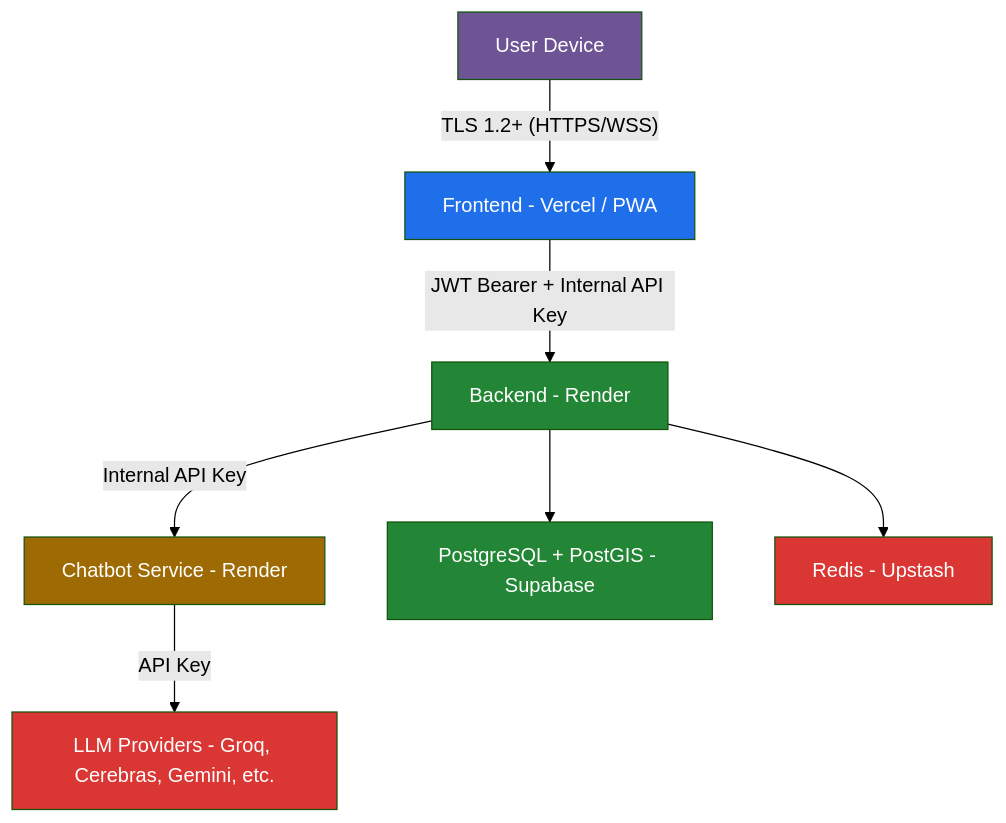
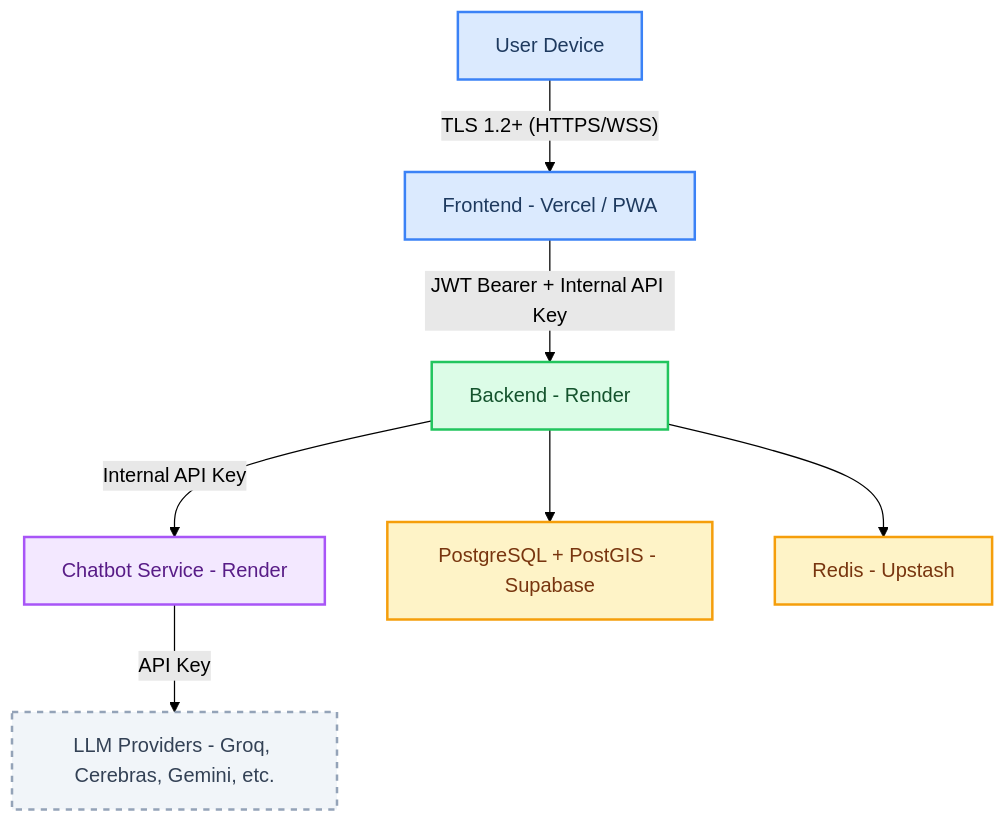
One commit to SafeVixAI/SafeVixAI changed the diagram in docs/architecture/THREAT_MODEL.md. Above: the diagram before and after it, drawn with Mermaid (forest theme). The commit also changed 85 other files, not shown here.

Commit message:
docs: Fix Mermaid diagrams, resolve relative link warnings, and ensure clean mkdocs build

````diff
--- a/docs/architecture/THREAT_MODEL.md
+++ b/docs/architecture/THREAT_MODEL.md
@@ -11,18 +11,19 @@
 ```mermaid
 flowchart TB
-    U[User Device]
-    U -->|"TLS 1.2+ (HTTPS/WSS)"| F[Frontend - Vercel / PWA]
-    F -->|"JWT Bearer + Internal API Key"| B[Backend - Render]
-    B -->|"Internal API Key"| C[Chatbot Service - Render]
-    C -->|"API Key"| LLM[LLM Providers - Groq, Cerebras, Gemini, etc.]
-    B --> PG[PostgreSQL + PostGIS - Supabase]
-    B --> RS[Redis - Upstash]
+    classDef edge fill:#dbeafe,stroke:#3b82f6,stroke-width:2px,color:#1e3a5f
+    classDef control fill:#dcfce7,stroke:#22c55e,stroke-width:2px,color:#14532d
+    classDef ai fill:#f3e8ff,stroke:#a855f7,stroke-width:2px,color:#581c87
+    classDef data fill:#fef3c7,stroke:#f59e0b,stroke-width:2px,color:#78350f
+    classDef security fill:#fee2e2,stroke:#ef4444,stroke-width:2px,color:#7f1d1d
+    classDef external fill:#f1f5f9,stroke:#94a3b8,stroke-width:2px,stroke-dasharray:5 5,color:#334155
+    classDef decision fill:#e0e7ff,stroke:#6366f1,stroke-width:2px,color:#312e81
+    classDef success fill:#d1fae5,stroke:#10b981,stroke-width:2px,color:#064e3b
 
-    style U fill:#6e5494,color:#fff
-    style F fill:#1f6feb,color:#fff
-    style B fill:#238636,color:#fff
-    style C fill:#9e6a03,color:#fff
-    style LLM fill:#da3633,color:#fff
-    style PG fill:#238636,color:#fff
-    style RS fill:#da3633,color:#fff
+    U["User Device"]:::edge
+    U -->|"TLS 1.2+ (HTTPS/WSS)"| F["Frontend - Vercel / PWA"]:::edge
+    F -->|"JWT Bearer + Internal API Key"| B["Backend - Render"]:::control
+    B -->|"Internal API Key"| C["Chatbot Service - Render"]:::ai
+    C -->|"API Key"| LLM["LLM Providers - Groq, Cerebras, Gemini, etc."]:::external
+    B --> PG["PostgreSQL + PostGIS - Supabase"]:::data
+    B --> RS["Redis - Upstash"]:::data
 ```
````
